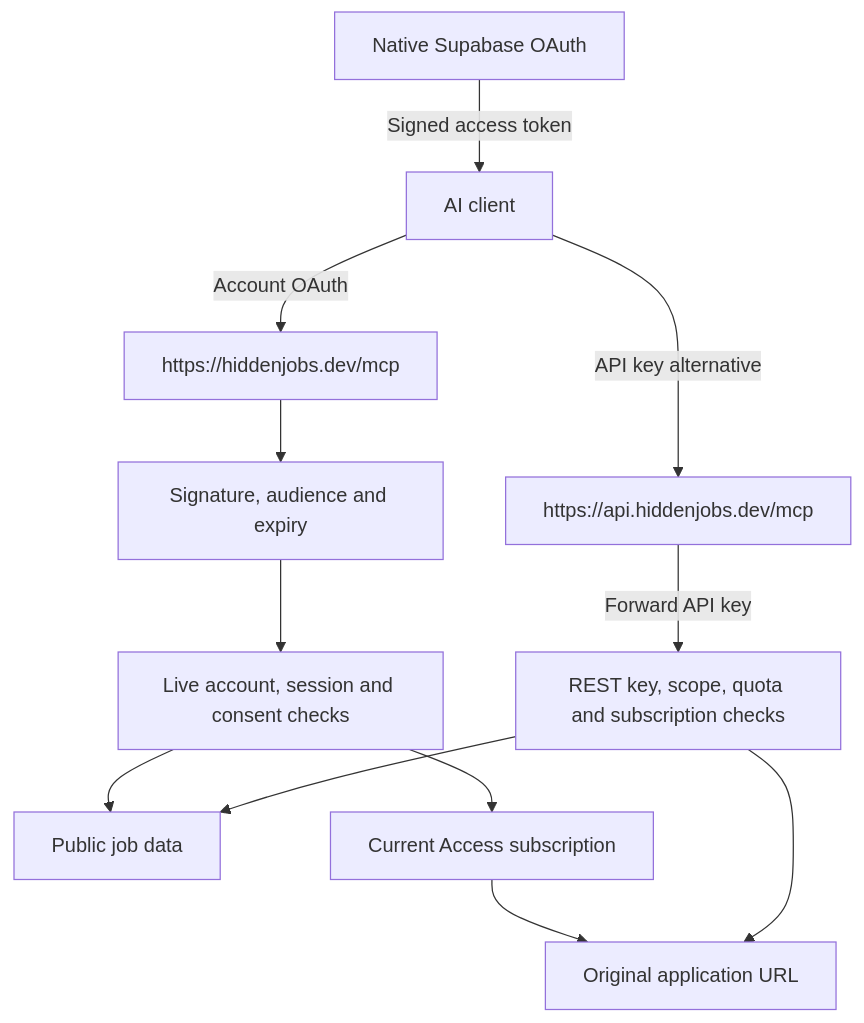
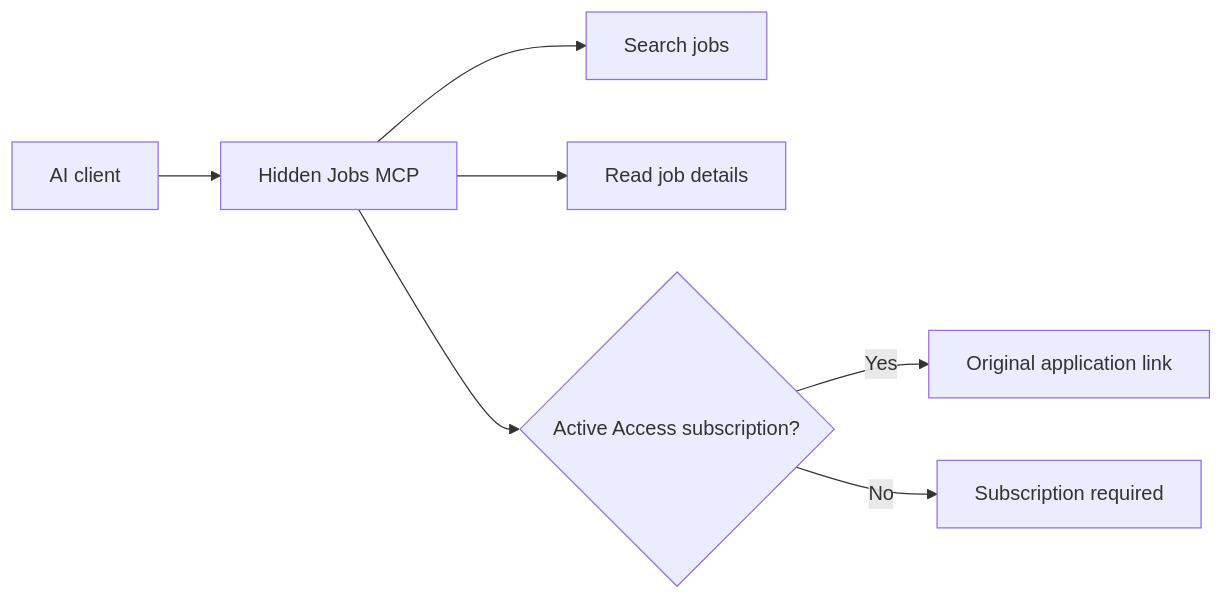
The diagram in docs/architecture.md (hiddenjobs/job-search-mcp), drawn with Mermaid before and after one commit. The commit also changed other lines of this file and 7 other files, not shown here.

Commit message:
Focus public MCP documentation on connection, tools and access

````diff
--- a/docs/architecture.md
+++ b/docs/architecture.md
@@ -5,14 +3,9 @@
 ```mermaid
-flowchart TB
-    AI[AI client] -->|Account OAuth| Account[https://hiddenjobs.dev/mcp]
-    Auth[Native Supabase OAuth] -->|Signed access token| AI
-    Account --> Verify[Signature, audience and expiry]
-    Verify --> Live[Live account, session and consent checks]
-    Live --> Jobs[Public job data]
-    Live --> Access[Current Access subscription]
-    Access --> Link[Original application URL]
-    AI -->|API key alternative| Adapter[https://api.hiddenjobs.dev/mcp]
-    Adapter -->|Forward API key| REST[REST key, scope, quota and subscription checks]
-    REST --> Jobs
-    REST --> Link
+flowchart LR
+    Client[AI client] --> MCP[Hidden Jobs MCP]
+    MCP --> Search[Search jobs]
+    MCP --> Details[Read job details]
+    MCP --> Access{Active Access subscription?}
+    Access -->|Yes| Link[Original application link]
+    Access -->|No| Upgrade[Subscription required]
 ```
````
